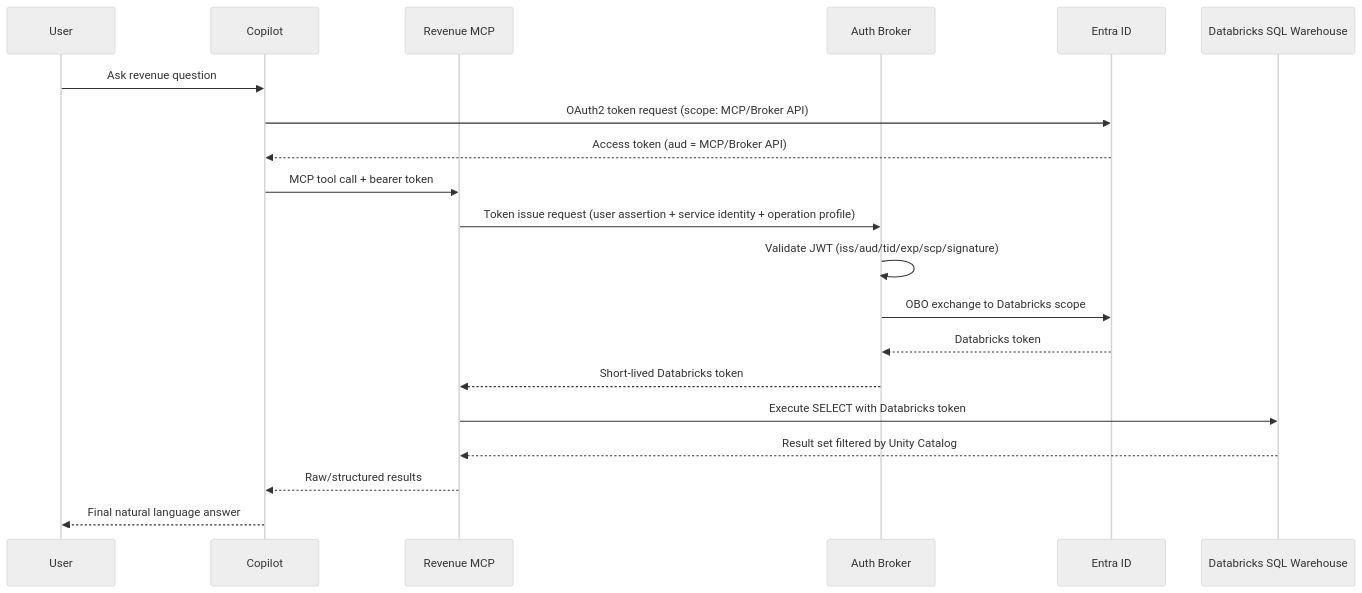
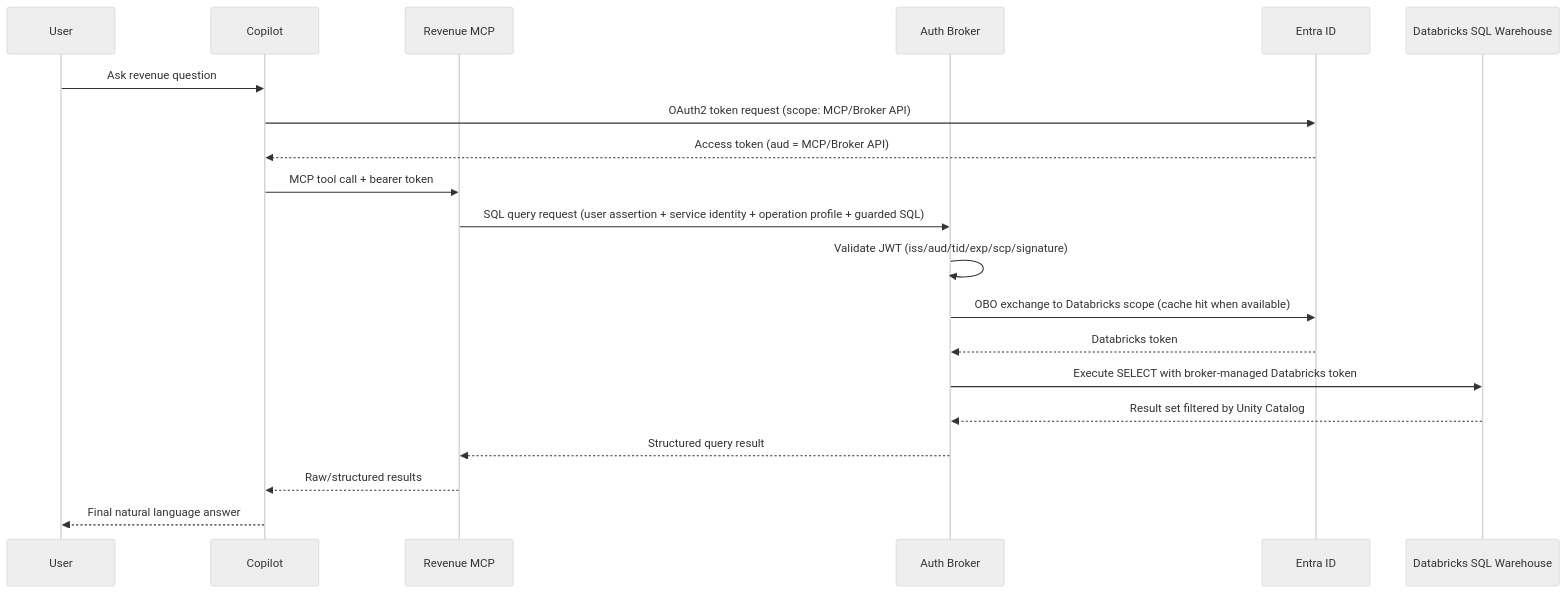
Before and after one commit to james-tn/dbx-mcp-copilot: the second of 2 diagrams in docs/poc-mvp-architecture-design.md, drawn with Mermaid (neutral theme). The commit also changed other lines of this file and 15 other files, not shown here.

Commit message:
Route revenue SQL through broker

````diff
--- a/docs/poc-mvp-architecture-design.md
+++ b/docs/poc-mvp-architecture-design.md
@@ -91,26 +92,25 @@
 ```mermaid
 sequenceDiagram
     participant User
     participant Copilot
     participant MCP as Revenue MCP
     participant Broker as Auth Broker
     participant Entra as Entra ID
     participant DBSQL as Databricks SQL Warehouse
 
     User->>Copilot: Ask revenue question
     Copilot->>Entra: OAuth2 token request (scope: MCP/Broker API)
     Entra-->>Copilot: Access token (aud = MCP/Broker API)
 
     Copilot->>MCP: MCP tool call + bearer token
-    MCP->>Broker: Token issue request (user assertion + service identity + operation profile)
+    MCP->>Broker: SQL query request (user assertion + service identity + operation profile + guarded SQL)
 
     Broker->>Broker: Validate JWT (iss/aud/tid/exp/scp/signature)
-    Broker->>Entra: OBO exchange to Databricks scope
+    Broker->>Entra: OBO exchange to Databricks scope (cache hit when available)
     Entra-->>Broker: Databricks token
-    Broker-->>MCP: Short-lived Databricks token
-
-    MCP->>DBSQL: Execute SELECT with Databricks token
-    DBSQL-->>MCP: Result set filtered by Unity Catalog
+    Broker->>DBSQL: Execute SELECT with broker-managed Databricks token
+    DBSQL-->>Broker: Result set filtered by Unity Catalog
+    Broker-->>MCP: Structured query result
     MCP-->>Copilot: Raw/structured results
     Copilot-->>User: Final natural language answer
 ```
````
